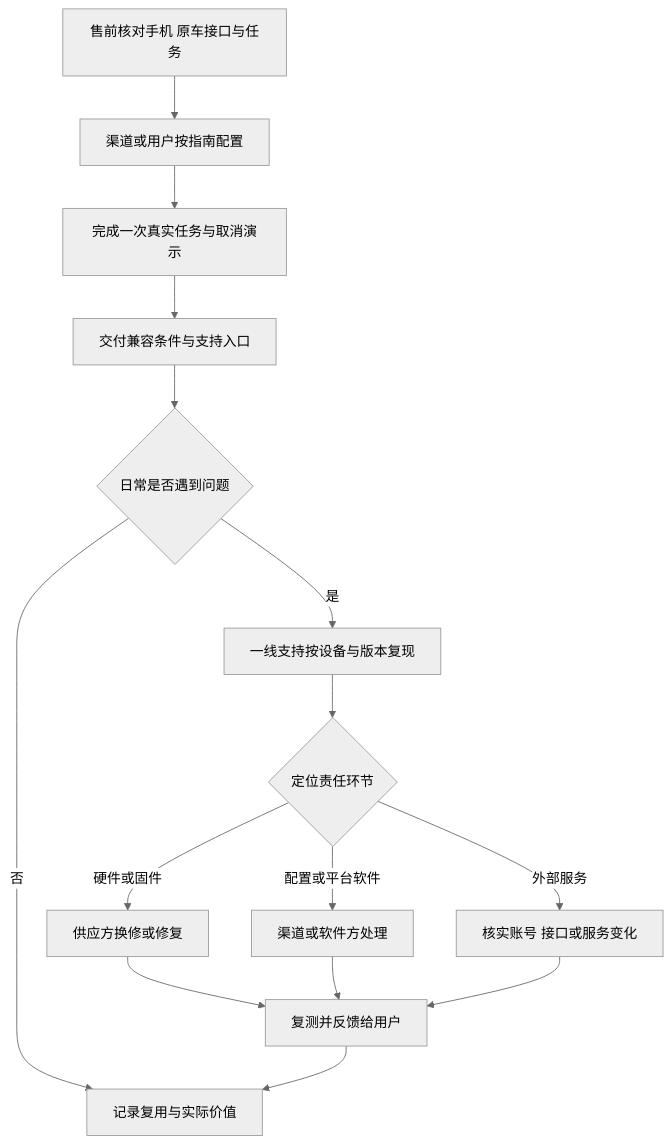
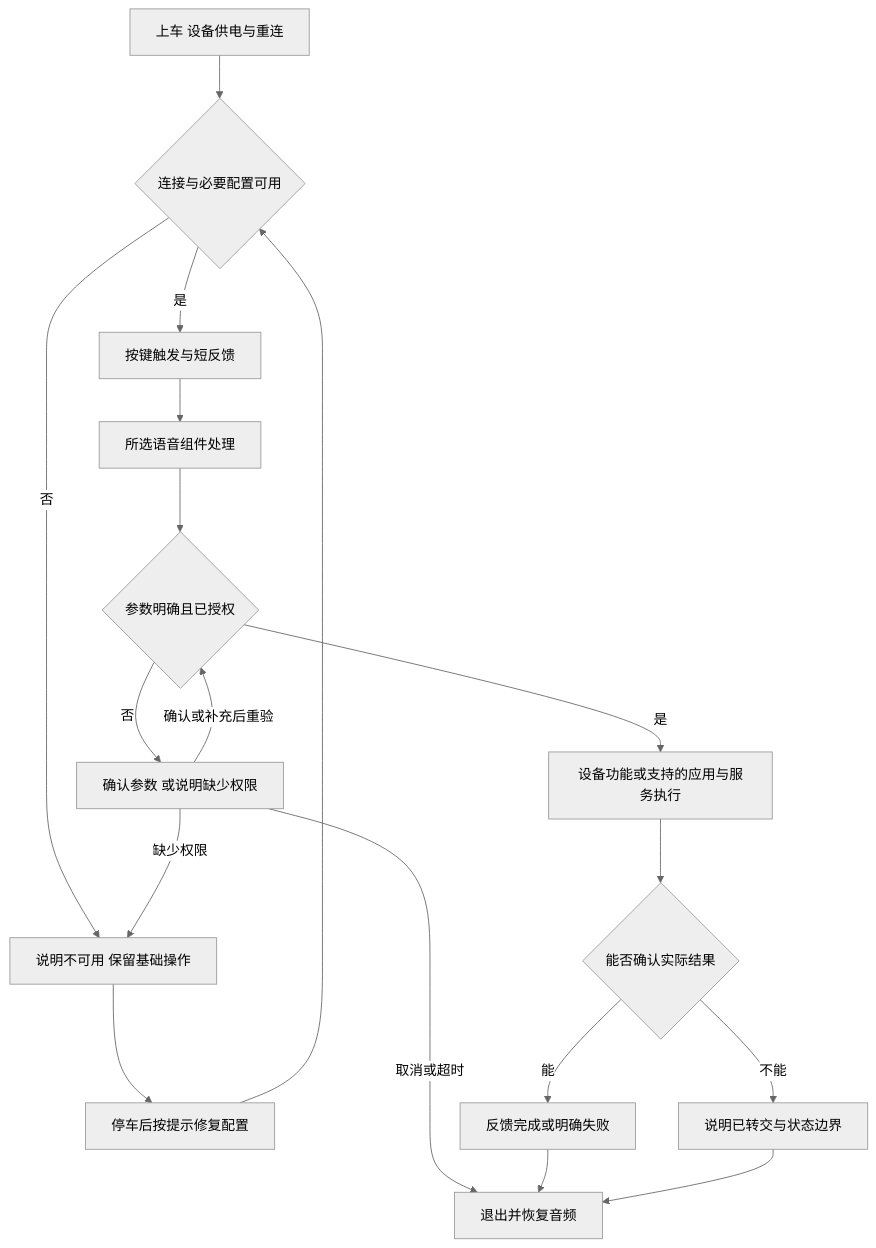
The diagram in dist/diagrams/fig-10.mmd (DreamSoul-AI/in-vehicle-ai-research), drawn with Mermaid (neutral theme) before and after one commit. The commit also changed 51 other files, not shown here.

```diff
--- a/dist/diagrams/fig-10.mmd
+++ b/dist/diagrams/fig-10.mmd
@@ -1,16 +1,19 @@
-%% title: 配置、交付与支持责任链
+%% title: 从上车到任务结果的完整闭环
 flowchart TD
-  A[售前核对手机 原车接口与任务] --> B[渠道或用户按指南配置]
-  B --> C[完成一次真实任务与取消演示]
-  C --> D[交付兼容条件与支持入口]
-  D --> E{日常是否遇到问题}
-  E -->|否| F[记录复用与实际价值]
-  E -->|是| G[一线支持按设备与版本复现]
-  G --> H{定位责任环节}
-  H -->|硬件或固件| I[供应方换修或修复]
-  H -->|配置或平台软件| J[渠道或软件方处理]
-  H -->|外部服务| K[核实账号 接口或服务变化]
-  I --> L[复测并反馈给用户]
-  J --> L
-  K --> L
-  L --> F
+  A[上车 设备供电与重连] --> B{连接与必要配置可用}
+  B -->|否| X[说明不可用 保留基础操作]
+  X --> Y[停车后按提示修复配置]
+  Y --> B
+  B -->|是| C[按键触发与短反馈]
+  C --> D[所选语音组件处理]
+  D --> E{参数明确且已授权}
+  E -->|否| F[确认参数 或说明缺少权限]
+  F -->|确认或补充后重验| E
+  F -->|缺少权限| X
+  F -->|取消或超时| Z[退出并恢复音频]
+  E -->|是| G[设备功能或支持的应用与服务执行]
+  G --> H{能否确认实际结果}
+  H -->|能| I[反馈完成或明确失败]
+  H -->|不能| J[说明已转交与状态边界]
+  I --> Z
+  J --> Z
```
